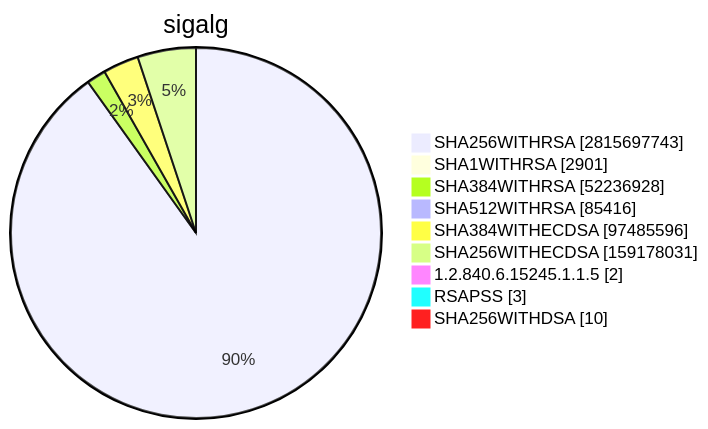
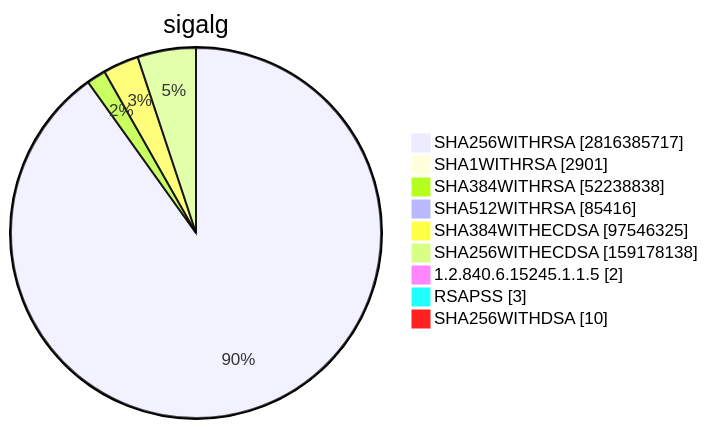
Before and after one commit to christiankrug/ctmonitor_visualization: diagram 15 of 15 in TOTAL/README.md, drawn with Mermaid. The commit also changed other lines of this file, not shown here.

````diff
--- a/TOTAL/README.md
+++ b/TOTAL/README.md
@@ -6205,13 +6205,13 @@
 ```mermaid
 pie showData
 title sigalg
-"SHA256WITHRSA" :2815697743
+"SHA256WITHRSA" :2816385717
 "SHA1WITHRSA" :2901
-"SHA384WITHRSA" :52236928
+"SHA384WITHRSA" :52238838
 "SHA512WITHRSA" :85416
-"SHA384WITHECDSA" :97485596
-"SHA256WITHECDSA" :159178031
+"SHA384WITHECDSA" :97546325
+"SHA256WITHECDSA" :159178138
 "1.2.840.6.15245.1.1.5" :2
 "RSAPSS" :3
 "SHA256WITHDSA" :10
 ```
````
